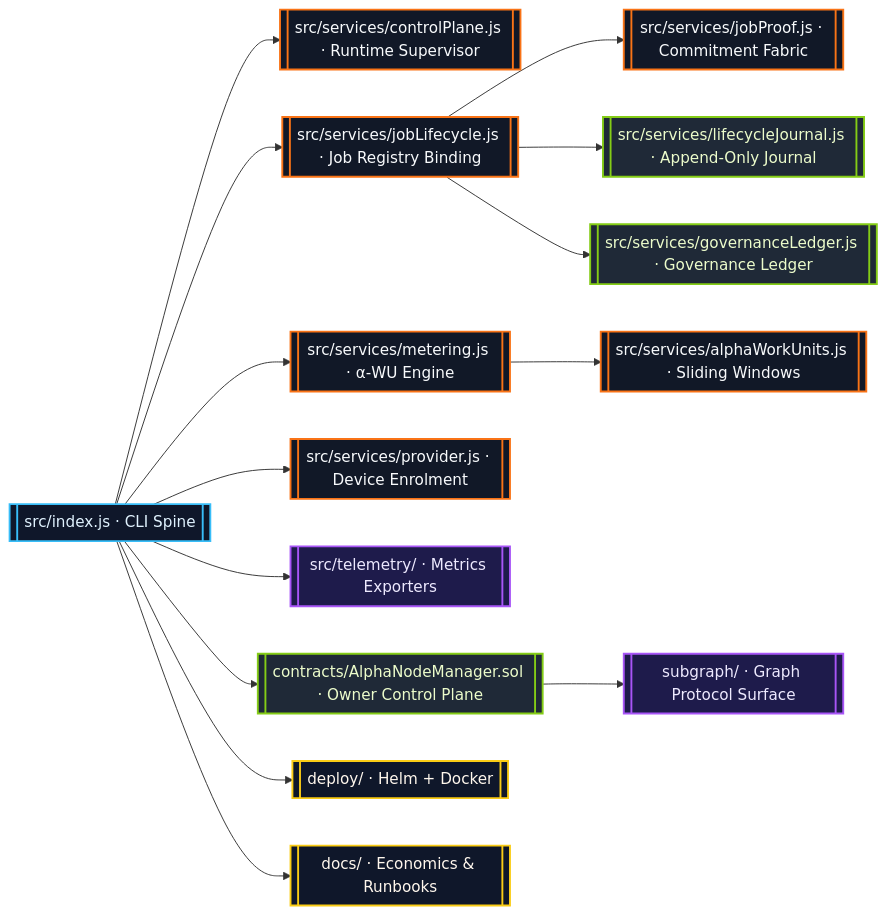
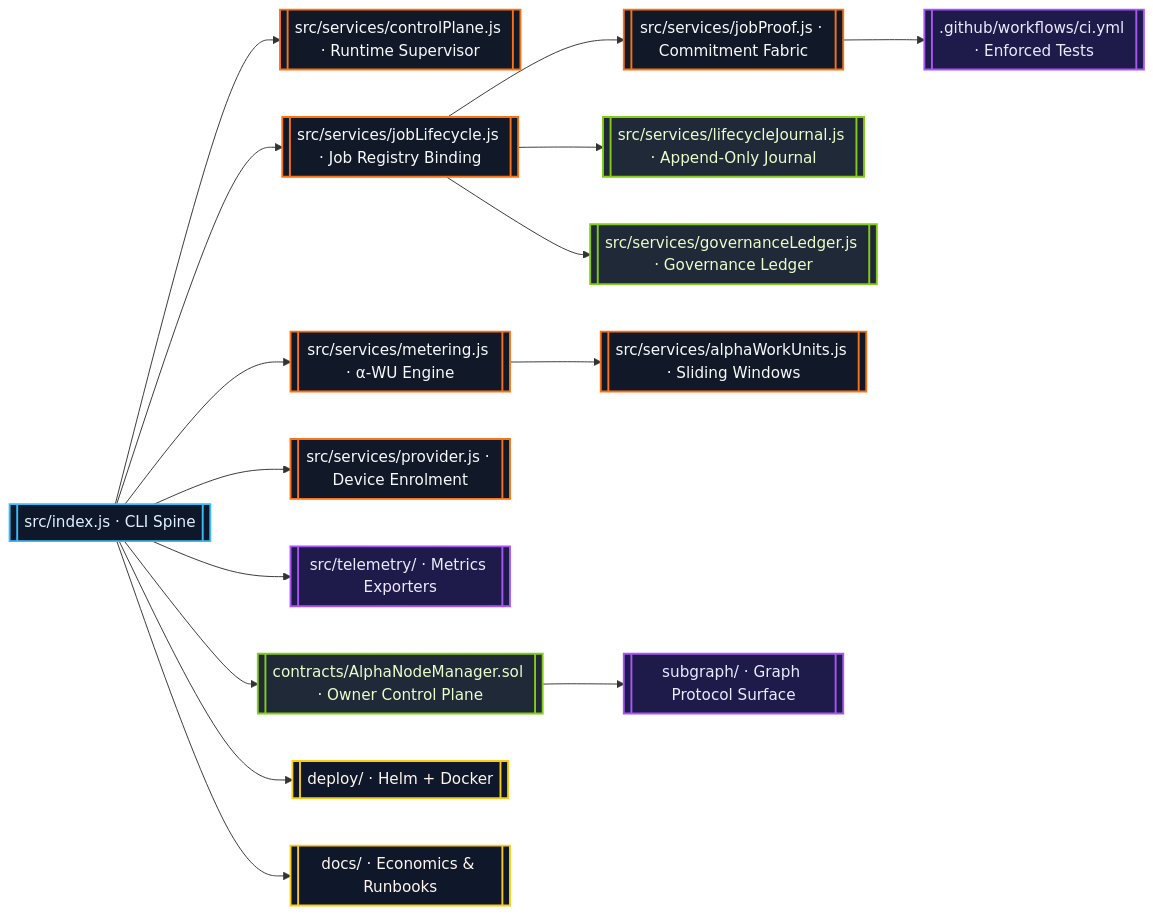
Before and after one commit to MontrealAI/AGI-Alpha-Node-v0: the first of 3 diagrams in README.md, drawn with Mermaid. The commit also changed other lines of this file, not shown here.

````diff
--- a/README.md
+++ b/README.md
@@ -73,22 +80,23 @@
 ```mermaid
 flowchart LR
   classDef runtime fill:#0f172a,stroke:#38bdf8,stroke-width:2px,color:#e0f2fe;
   classDef service fill:#111827,stroke:#f97316,stroke-width:2px,color:#f8fafc;
   classDef ledger fill:#1f2937,stroke:#84cc16,stroke-width:2px,color:#ecfccb;
   classDef telemetry fill:#1e1b4b,stroke:#a855f7,stroke-width:2px,color:#ede9fe;
   classDef ops fill:#0f172a,stroke:#facc15,stroke-width:2px,color:#fff7ed;
 
   Runtime[[src/index.js · CLI Spine]]:::runtime --> ControlPlane[[src/services/controlPlane.js · Runtime Supervisor]]:::service
   Runtime --> Lifecycle[[src/services/jobLifecycle.js · Job Registry Binding]]:::service
   Runtime --> Metering[[src/services/metering.js · α-WU Engine]]:::service
   Runtime --> Provider[[src/services/provider.js · Device Enrolment]]:::service
   Runtime --> Telemetry[[src/telemetry/ · Metrics Exporters]]:::telemetry
   Lifecycle --> Proofs[[src/services/jobProof.js · Commitment Fabric]]:::service
+  Proofs --> CI[[.github/workflows/ci.yml · Enforced Tests]]:::telemetry
   Lifecycle --> Journal[[src/services/lifecycleJournal.js · Append-Only Journal]]:::ledger
   Lifecycle --> GovLedger[[src/services/governanceLedger.js · Governance Ledger]]:::ledger
   Metering --> AlphaRegistry[[src/services/alphaWorkUnits.js · Sliding Windows]]:::service
   Runtime --> Contracts[[contracts/AlphaNodeManager.sol · Owner Control Plane]]:::ledger
   Contracts --> Subgraph[[subgraph/ · Graph Protocol Surface]]:::telemetry
   Runtime --> Deploy[[deploy/ · Helm + Docker]]:::ops
   Runtime --> Docs[[docs/ · Economics & Runbooks]]:::ops
 ```
````
